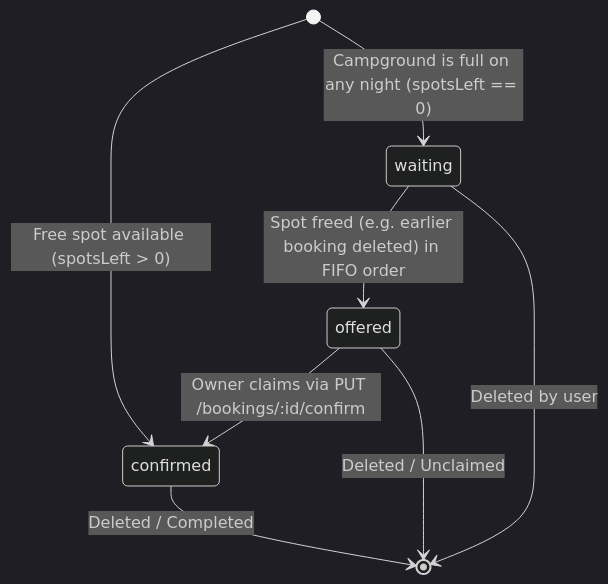
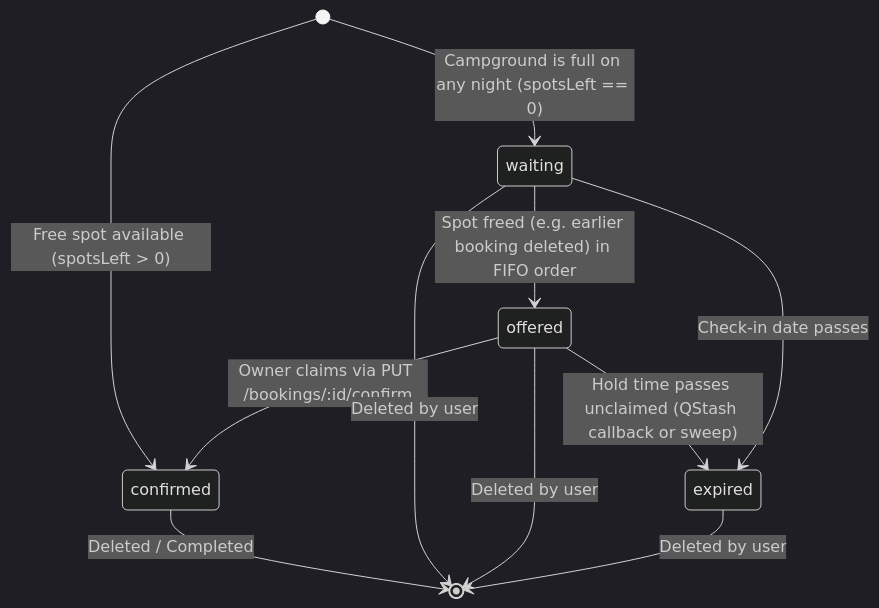
The diagram in README.md (pedigree-pp/Campground), drawn with Mermaid (dark theme) before and after one commit. The commit also changed other lines of this file, not shown here.

First line of the commit message:
docs: document Offer expiry and the manual QStash check

````diff
--- a/README.md
+++ b/README.md
@@ -68,12 +70,16 @@
 ```mermaid
 stateDiagram-v2
     [*] --> confirmed: Free spot available (spotsLeft > 0)
     [*] --> waiting: Campground is full on any night (spotsLeft == 0)
     
     waiting --> offered: Spot freed (e.g. earlier booking deleted) in FIFO order
     offered --> confirmed: Owner claims via PUT /bookings/:id/confirm
     
+    offered --> expired: Hold time passes unclaimed (QStash callback or sweep)
+    waiting --> expired: Check-in date passes
+    
     confirmed --> [*]: Deleted / Completed
     waiting --> [*]: Deleted by user
-    offered --> [*]: Deleted / Unclaimed
+    offered --> [*]: Deleted by user
+    expired --> [*]: Deleted by user
 ```
````
